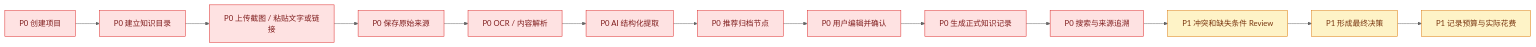
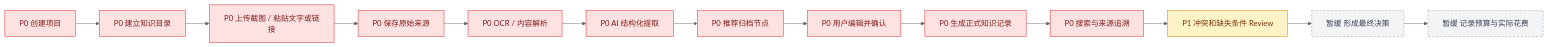
The second of 7 diagrams in docs/功能结构图与优先级.md (zxaptx4869/KnowStruct), drawn with Mermaid (neutral theme) before and after one commit. The commit also changed other lines of this file and 6 other files, not shown here.

````diff
--- a/docs/功能结构图与优先级.md
+++ b/docs/功能结构图与优先级.md
@@ -52,20 +55,22 @@
 ```mermaid
 flowchart LR
     A["P0 创建项目"] --> B["P0 建立知识目录"]
     B --> C["P0 上传截图 / 粘贴文字或链接"]
     C --> D["P0 保存原始来源"]
     D --> E["P0 OCR / 内容解析"]
     E --> F["P0 AI 结构化提取"]
     F --> G["P0 推荐归档节点"]
     G --> H["P0 用户编辑并确认"]
     H --> I["P0 生成正式知识记录"]
     I --> J["P0 搜索与来源追溯"]
     J --> K["P1 冲突和缺失条件 Review"]
-    K --> L["P1 形成最终决策"]
-    L --> M["P1 记录预算与实际花费"]
+    K --> L["暂缓 形成最终决策"]
+    L --> M["暂缓 记录预算与实际花费"]
 
     classDef p0 fill:#fee2e2,color:#7f1d1d,stroke:#dc2626;
     classDef p1 fill:#fef3c7,color:#78350f,stroke:#d97706;
+    classDef defer fill:#f3f4f6,color:#374151,stroke:#9ca3af,stroke-dasharray:5 3;
     class A,B,C,D,E,F,G,H,I,J p0;
-    class K,L,M p1;
+    class K p1;
+    class L,M defer;
 ```
````
